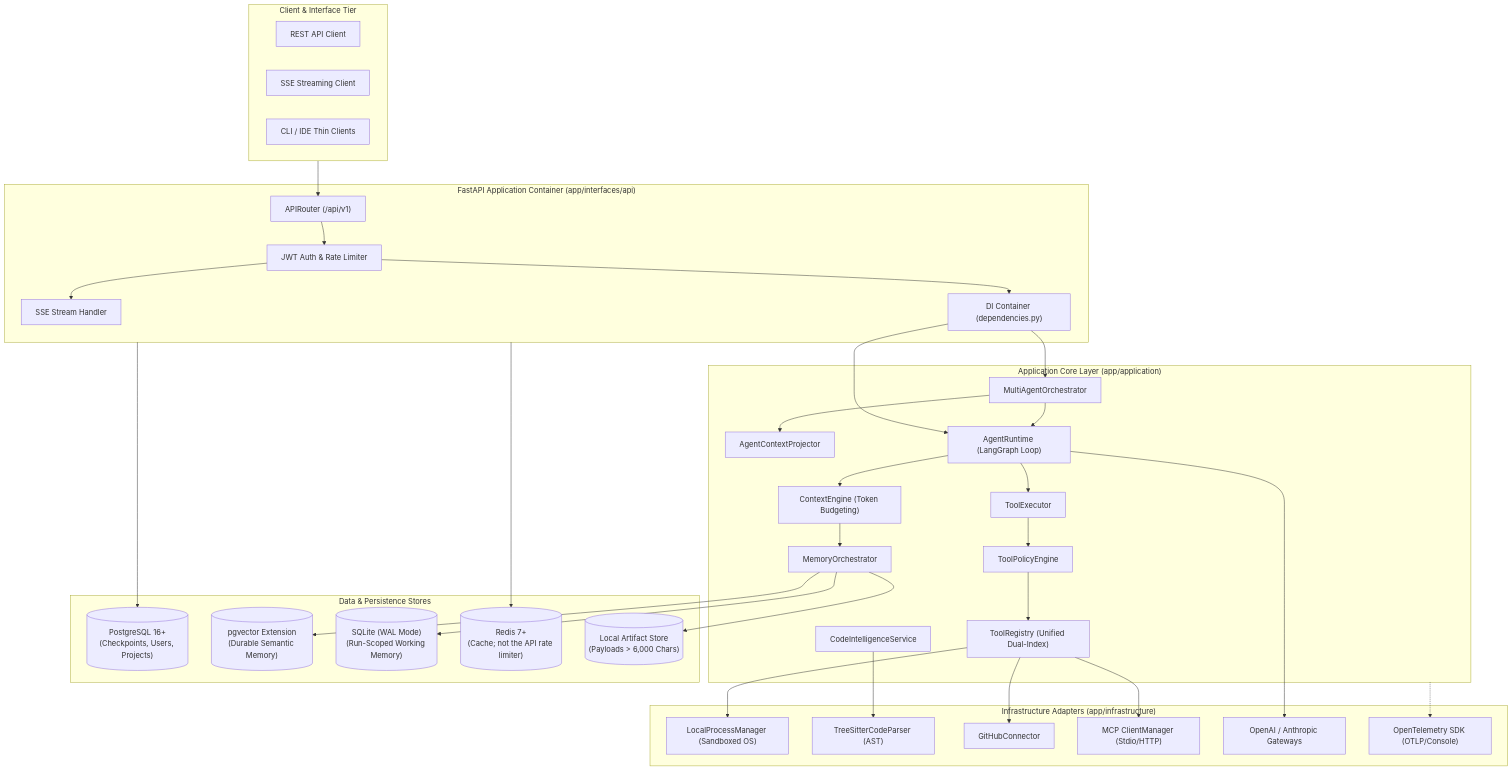
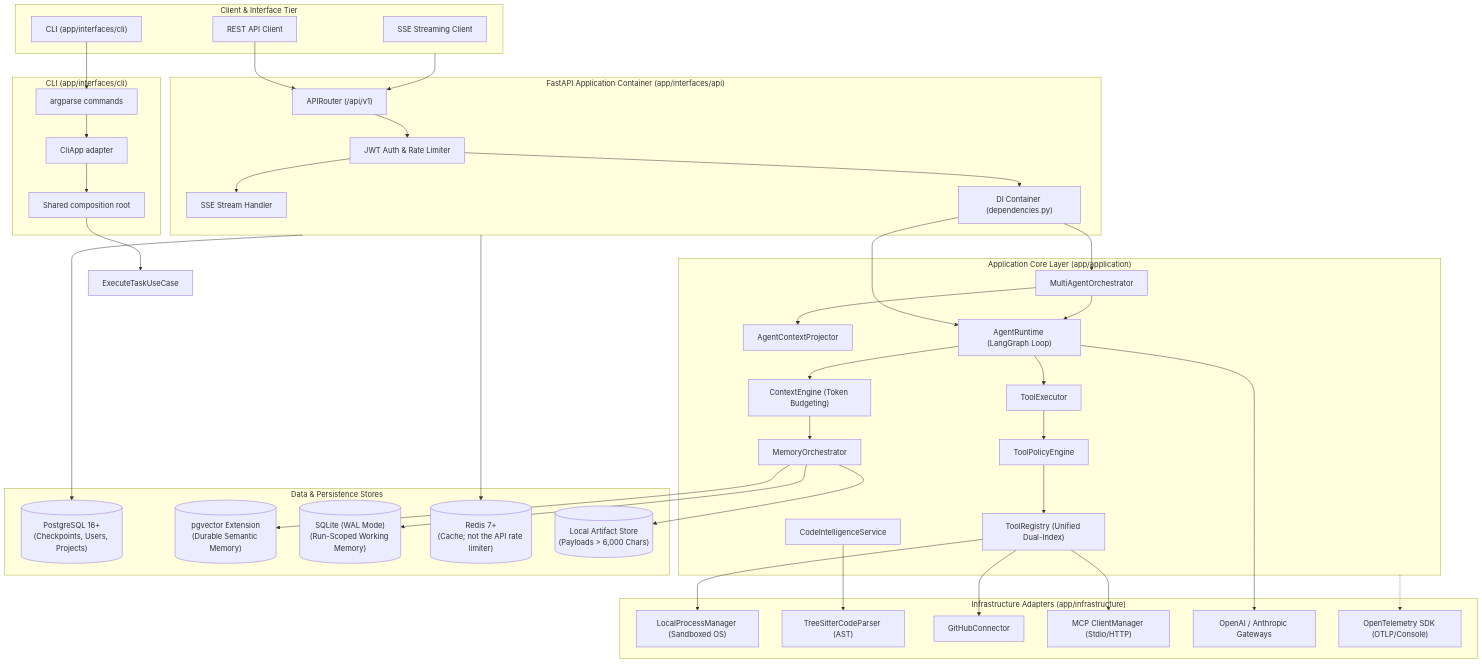
One commit to Navin45/bytebuddhi changed the diagram in docs/hld.md. Above: the diagram before and after it, drawn with Mermaid. The commit also changed other lines of this file and 32 other files, not shown here.

```diff
--- a/docs/hld.md
+++ b/docs/hld.md
@@ -35,7 +35,13 @@
     subgraph Clients["Client & Interface Tier"]
         REST_Client["REST API Client"]
         SSE_Client["SSE Streaming Client"]
-        CLI_Client["CLI / IDE Thin Clients"]
+        CLI_Client["CLI (app/interfaces/cli)"]
+    end
+
+    subgraph CLI_Container["CLI (app/interfaces/cli)"]
+        CliParser["argparse commands"]
+        CliApp["CliApp adapter"]
+        Composition["Shared composition root"]
     end
 
     subgraph API_Container["FastAPI Application Container (app/interfaces/api)"]
@@ -75,6 +81,11 @@
     end
 
     Clients --> Router
+    REST_Client --> Router
+    CLI_Client --> CliParser
+    CliParser --> CliApp
+    CliApp --> Composition
+    Composition --> ExecuteTask["ExecuteTaskUseCase"]
     Router --> AuthMid
     AuthMid --> SSE
     AuthMid --> DI
```
